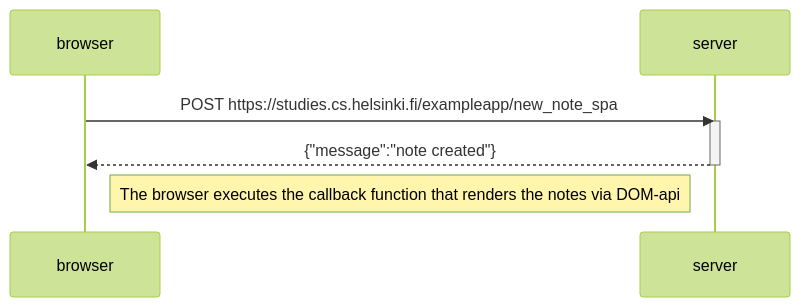
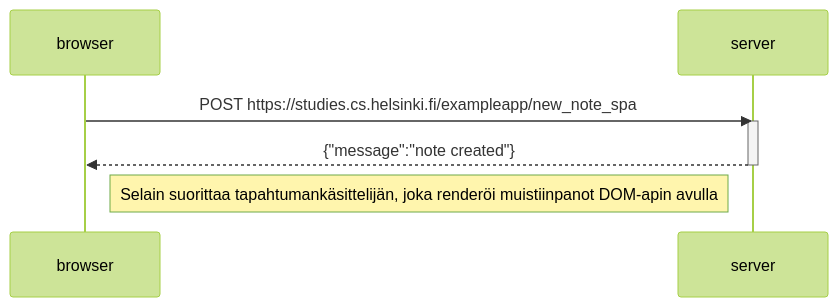
Before and after one commit to z0nsk1/FullStackOpen23: the diagram in osa0/0.6_sekvenssikaavio.md, drawn with Mermaid (forest theme).

````diff
--- a/osa0/0.6_sekvenssikaavio.md
+++ b/osa0/0.6_sekvenssikaavio.md
@@ -1,12 +1,12 @@
 ```mermaid
 sequenceDiagram
   participant browser
   participant server
 
   browser->>server: POST https://studies.cs.helsinki.fi/exampleapp/new_note_spa
   activate server
   server-->>browser: {"message":"note created"}
   deactivate server
 
-  Note right of browser: The browser executes the callback function that renders the notes via DOM-api
+ Note right of browser: Selain suorittaa tapahtumankäsittelijän, joka renderöi muistiinpanot DOM-apin avulla
 ```
````
